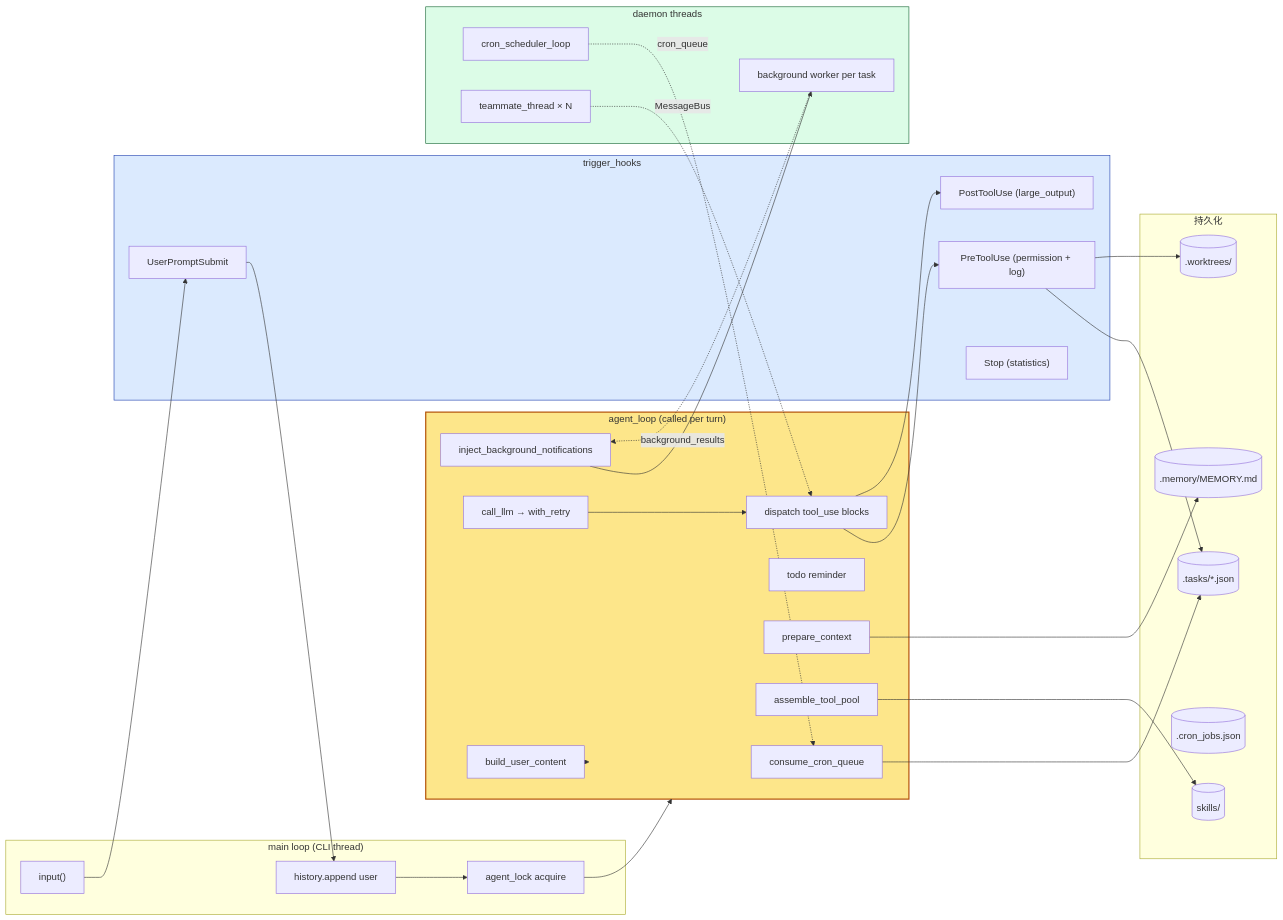
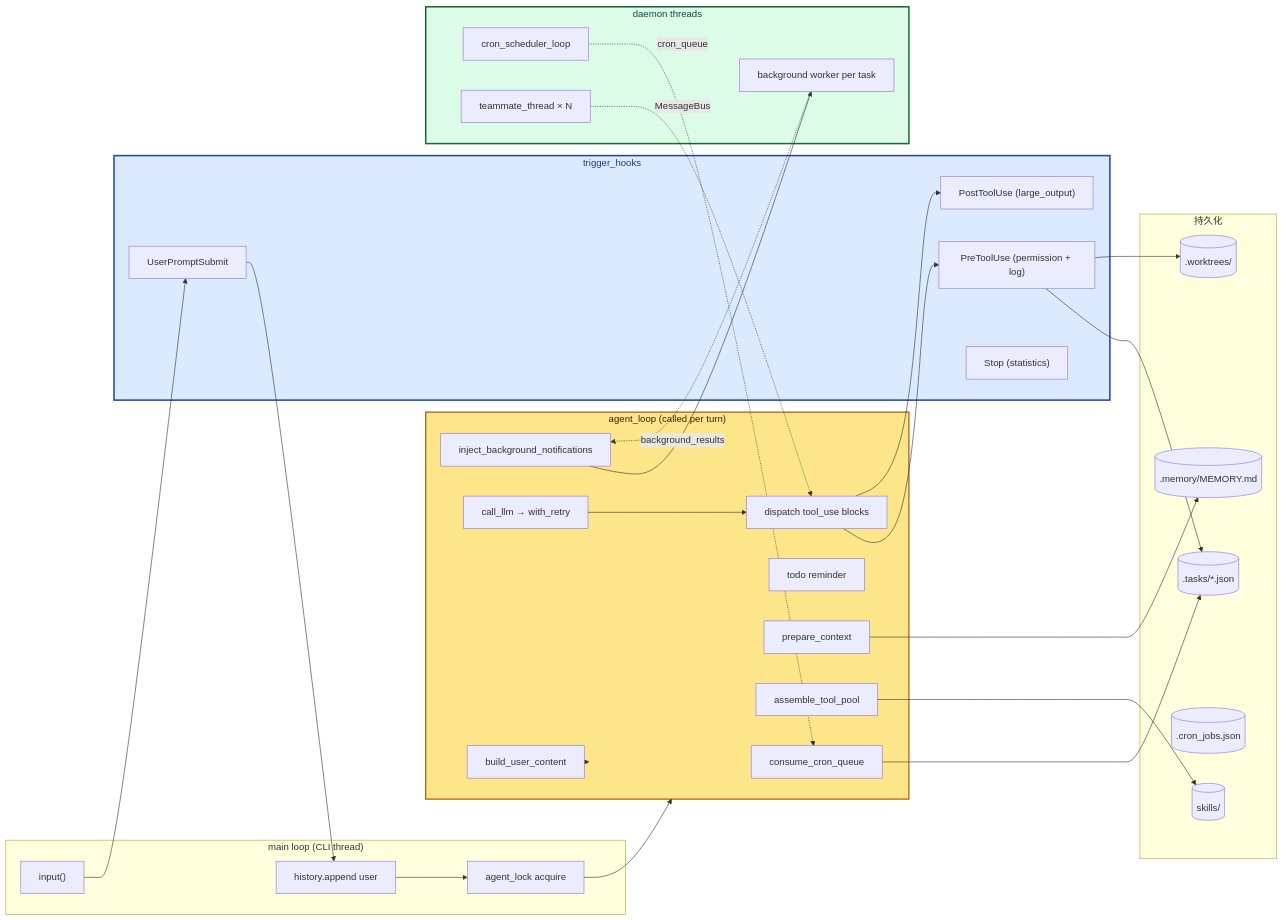
The second of 2 diagrams in Agent/Harness/Claude Code/Phase 6 - 扩展与组装/20 - Comprehensive Agent.md (PyrePuin/From-Zero-LLM-Agent-Infra-Notes), drawn with Mermaid before and after one commit. The commit also changed other lines of this file and 23 other files, not shown here.

First line of the commit message:
refactor(mermaid): 统一所有图的视觉规范

````diff
--- a/Agent/Harness/Claude Code/Phase 6 - 扩展与组装/20 - Comprehensive Agent.md
+++ b/Agent/Harness/Claude Code/Phase 6 - 扩展与组装/20 - Comprehensive Agent.md
@@ -166,64 +167,65 @@
 ```mermaid
+%%{init: {'themeVariables': {'fontSize': '16px', 'fontFamily': 'ui-sans-serif, system-ui, -apple-system, "Segoe UI", Roboto, sans-serif'}}}%%
 flowchart LR
     subgraph CLI["main loop (CLI thread)"]
         Input["input()"]
         Turn["history.append user"]
         Lock["agent_lock acquire"]
     end
 
     subgraph Loop["agent_loop (called per turn)"]
         Cron["consume_cron_queue"]
         BG["inject_background_notifications"]
         Remind["todo reminder"]
         Prep["prepare_context"]
         Pool["assemble_tool_pool"]
         Call["call_llm → with_retry"]
         Disp["dispatch tool_use blocks"]
         Build["build_user_content"]
     end
 
     subgraph Hooks["trigger_hooks"]
         UPS["UserPromptSubmit"]
         PRE["PreToolUse (permission + log)"]
         POST["PostToolUse (large_output)"]
         STP["Stop (statistics)"]
     end
 
     subgraph Workers["daemon threads"]
         CronThread["cron_scheduler_loop"]
         BGThread["background worker per task"]
         Mate["teammate_thread × N"]
     end
 
     subgraph State["持久化"]
         Tasks[(".tasks/*.json")]
         Mem[(".memory/MEMORY.md")]
         WT[(".worktrees/")]
         CronJson[(".cron_jobs.json")]
         Skills[("skills/")]
     end
 
     Input --> UPS
     UPS --> Turn
     Turn --> Lock
     Lock --> Loop
 
     Cron --> Tasks
     BG --> BGThread
     Prep --> Mem
     Pool --> Skills
     Disp --> PRE
     PRE --> Tasks
     PRE --> WT
     Disp --> POST
     Call --> Disp
     Build --> Loop
 
     CronThread -.->|"cron_queue"| Cron
     BGThread -.->|"background_results"| BG
     Mate -.->|"MessageBus"| Disp
 
-    style Loop fill:#fde68a,stroke:#b45309,stroke-width:2px
-    style Hooks fill:#dbeafe,stroke:#1e40af
-    style Workers fill:#dcfce7,stroke:#166534
+    style Loop fill:#fde68a,stroke:#b45309,stroke-width:2px,color:#451a03
+    style Hooks fill:#dbeafe,stroke:#1e40af,stroke-width:2.5px,color:#1e3a8a
+    style Workers fill:#dcfce7,stroke:#166534,stroke-width:2.5px,color:#064e3b
 ```
````
